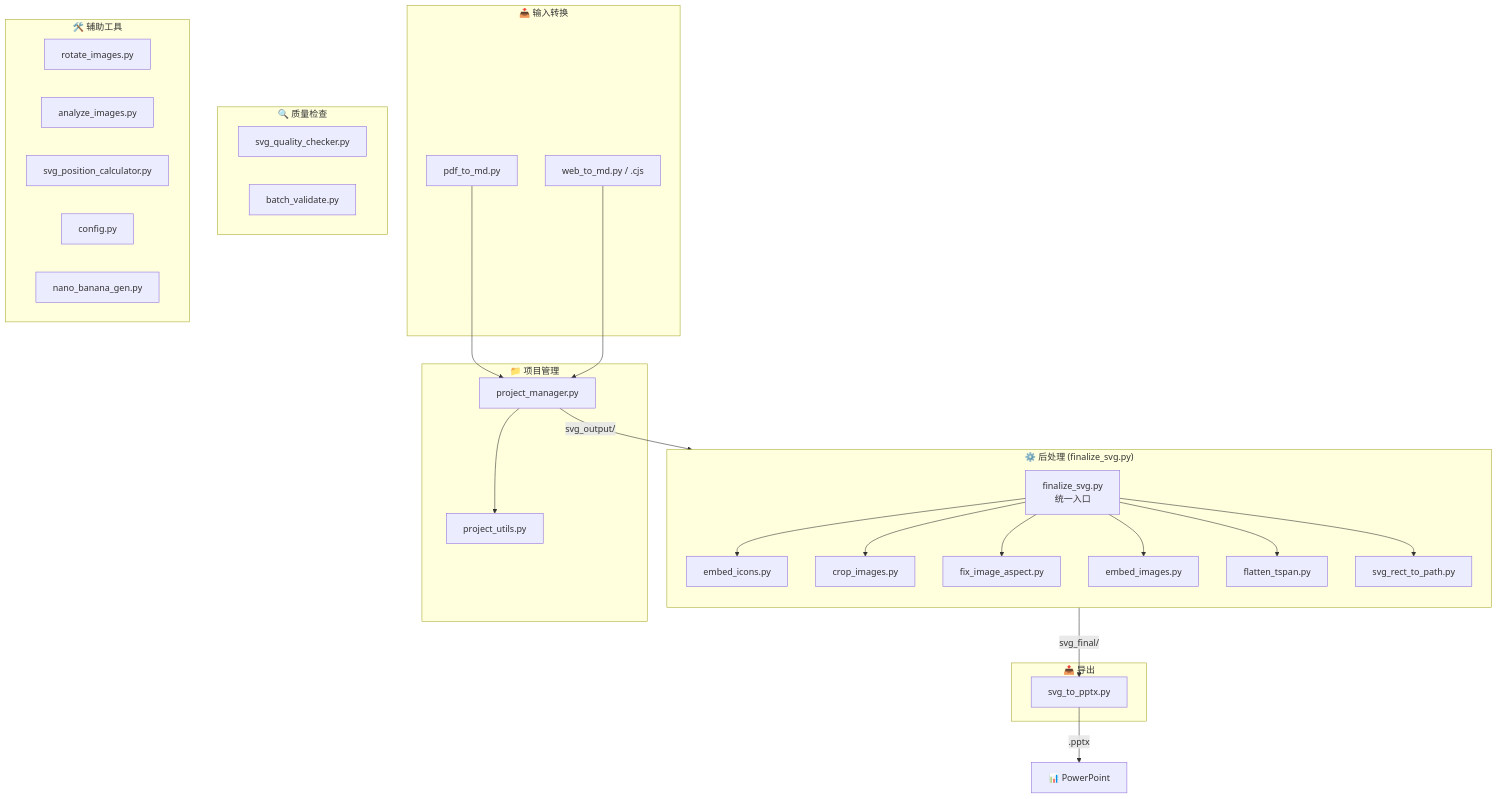
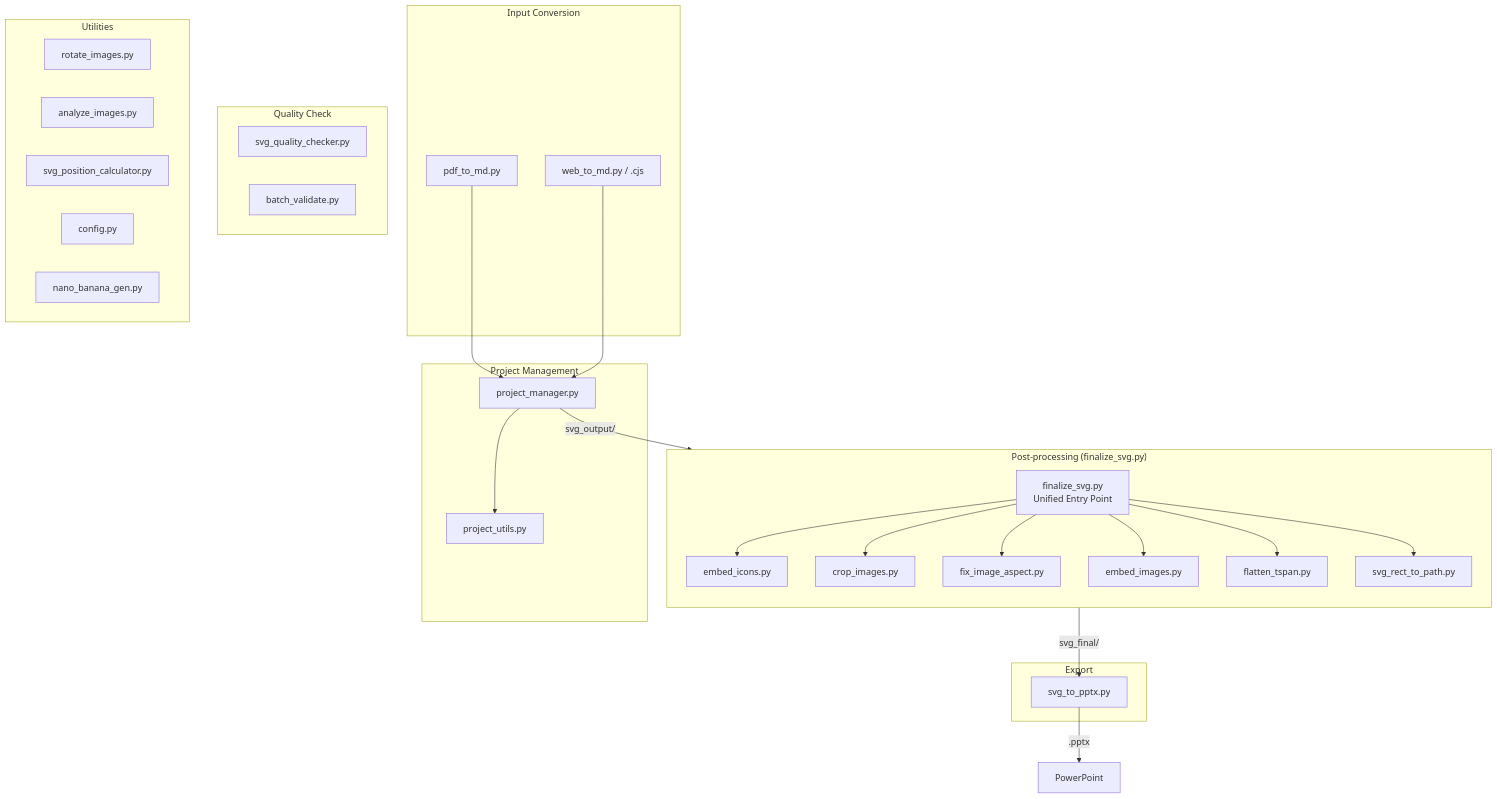
Before and after one commit to hugohe3/ppt-master: the diagram in skills/ppt-master/scripts/README.md, drawn with Mermaid. The commit also changed other lines of this file and 75 other files, not shown here.

````diff
--- a/skills/ppt-master/scripts/README.md
+++ b/skills/ppt-master/scripts/README.md
@@ -7,54 +7,54 @@
 ```mermaid
 graph TB
-    subgraph Input["📥 输入转换"]
+    subgraph Input["Input Conversion"]
         A1[pdf_to_md.py]
         A2[web_to_md.py / .cjs]
     end
-    
-    subgraph Project["📁 项目管理"]
+
+    subgraph Project["Project Management"]
         B1[project_manager.py]
         B2[project_utils.py]
         B1 --> B2
     end
-    
-    subgraph Finalize["⚙️ 后处理 (finalize_svg.py)"]
+
+    subgraph Finalize["Post-processing (finalize_svg.py)"]
         direction TB
-        C0[finalize_svg.py<br/>统一入口]
+        C0[finalize_svg.py<br/>Unified Entry Point]
         C1[embed_icons.py]
         C2[crop_images.py]
         C3[fix_image_aspect.py]
         C4[embed_images.py]
         C5[flatten_tspan.py]
         C6[svg_rect_to_path.py]
-        
+
         C0 --> C1
         C0 --> C2
         C0 --> C3
         C0 --> C4
         C0 --> C5
         C0 --> C6
     end
-    
-    subgraph Export["📤 导出"]
+
+    subgraph Export["Export"]
         D1[svg_to_pptx.py]
     end
-    
-    subgraph Quality["🔍 质量检查"]
+
+    subgraph Quality["Quality Check"]
         E1[svg_quality_checker.py]
         E2[batch_validate.py]
     end
-    
-    subgraph Utils["🛠️ 辅助工具"]
+
+    subgraph Utils["Utilities"]
         F1[rotate_images.py]
         F2[analyze_images.py]
         F3[svg_position_calculator.py]
         F4[config.py]
         F5[nano_banana_gen.py]
     end
-    
+
     A1 --> B1
     A2 --> B1
     B1 -->|svg_output/| C0
     C0 -->|svg_final/| D1
-    D1 -->|.pptx| Output[📊 PowerPoint]
+    D1 -->|.pptx| Output[PowerPoint]
 ```
````
